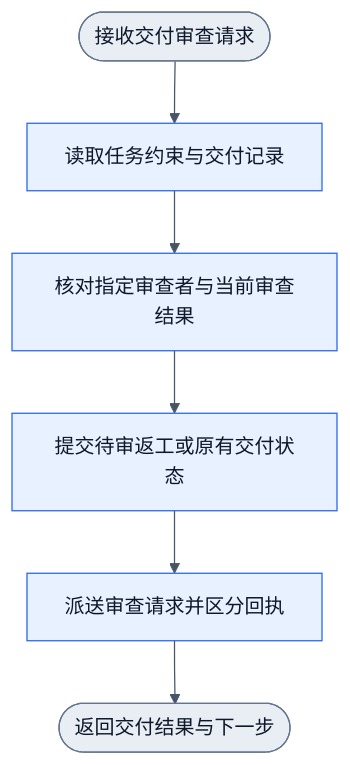
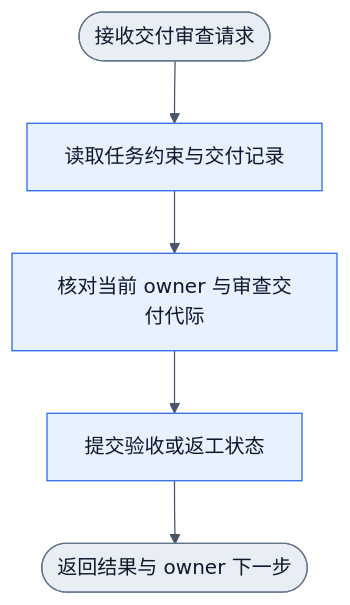
Before and after one commit to Jasonzhangf/appsdk: the third of 3 diagrams in collab/docs/design/work-roles-and-assignment.md, drawn with Mermaid (forest theme). The commit also changed other lines of this file and 57 other files, not shown here.

````diff
--- a/collab/docs/design/work-roles-and-assignment.md
+++ b/collab/docs/design/work-roles-and-assignment.md
@@ -81,11 +79,10 @@
 ```mermaid
 flowchart TD
   S([接收交付审查请求]):::boundary --> A[读取任务约束与交付记录]:::action
-  A --> B[核对指定审查者与当前审查结果]:::action
-  B --> C[提交待审返工或原有交付状态]:::action
-  C --> D[派送审查请求并区分回执]:::action
-  D --> E([返回交付结果与下一步]):::boundary
+  A --> B[核对当前 owner 与审查交付代际]:::action
+  B --> C[提交验收或返工状态]:::action
+  C --> E([返回结果与 owner 下一步]):::boundary
   classDef boundary fill:#E9EEF5,stroke:#64748B,color:#0F172A
   classDef action fill:#E8F1FF,stroke:#2563EB,color:#0F172A
   linkStyle default stroke:#475569
 ```
````
